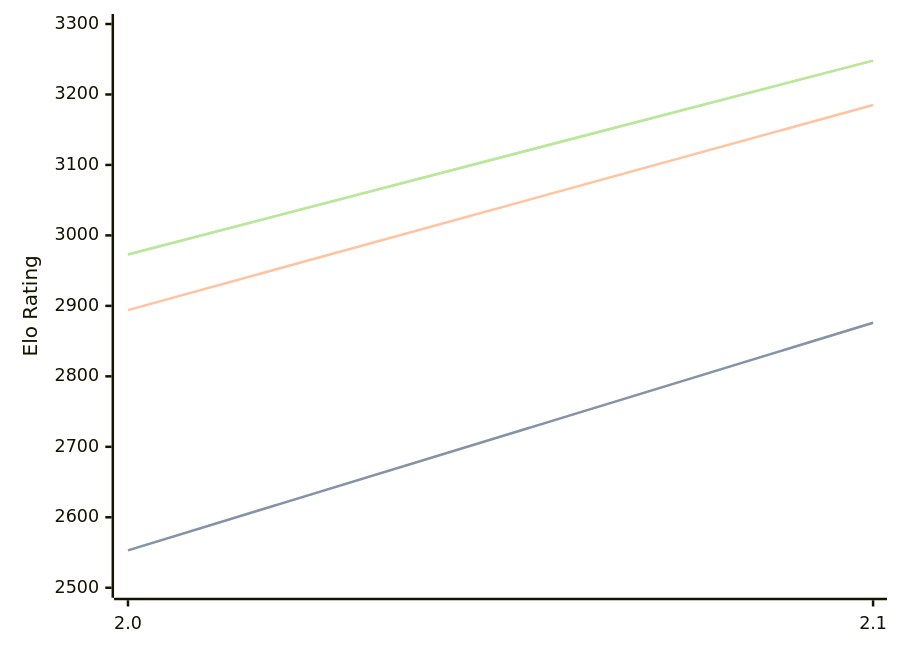
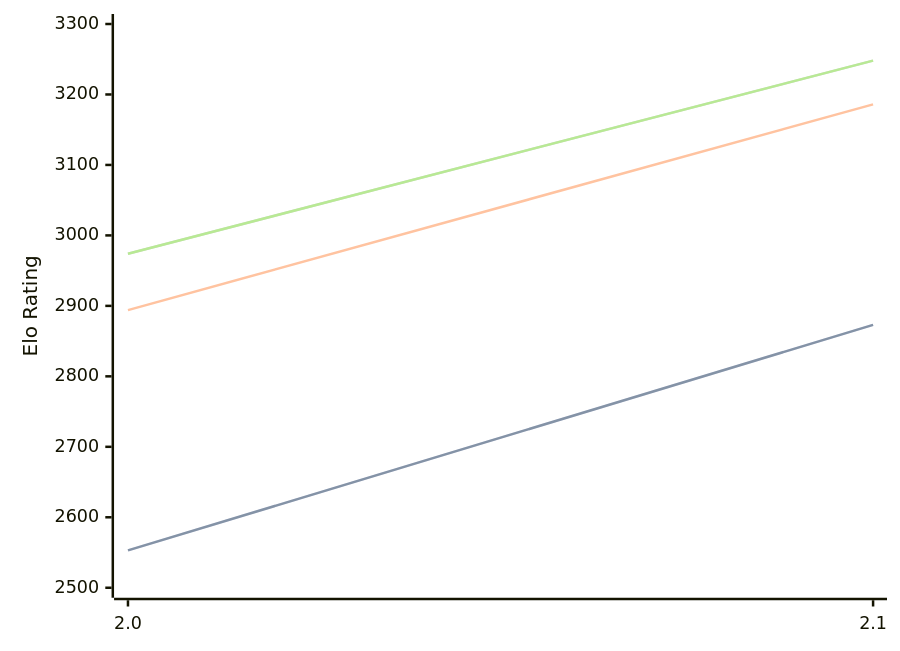
The diagram in engines/Tunguska.md (computer-chess-index/cci), drawn with Mermaid before and after one commit. The commit also changed other lines of this file, not shown here.

Commit message:
Update CCI Ratings (ELO VLTC) - 2026-05-03

````diff
--- a/engines/Tunguska.md
+++ b/engines/Tunguska.md
@@ -32,11 +32,11 @@
 ```mermaid
 %%{init: {"theme":"base","themeVariables":{"seriesColors:['#a3a3a3','#222221','#faa371']}}}%%
 xychart-beta
   x-axis ["2.0", "2.1"]
   y-axis "Elo Rating" 2500 --> 3300
-  line "STC (8.0+0.08s)" [2553, 2876]
-  line "STC (8.0+0.08s)" [2553, 2876]
-  line "LTC (60.0+0.60s)" [2894, 3185]
-  line "VLTC (2m24s+1.12s)" [2973, 3248]
-  line "VLTC (2m24s+1.12s)" [2973, 3248]
+  line "STC (8.0+0.08s)" [2553, 2873]
+  line "STC (8.0+0.08s)" [2553, 2873]
+  line "LTC (60.0+0.60s)" [2894, 3186]
+  line "VLTC (2m24s+1.12s)" [2974, 3248]
+  line "VLTC (2m24s+1.12s)" [2974, 3248]
 ```
````
